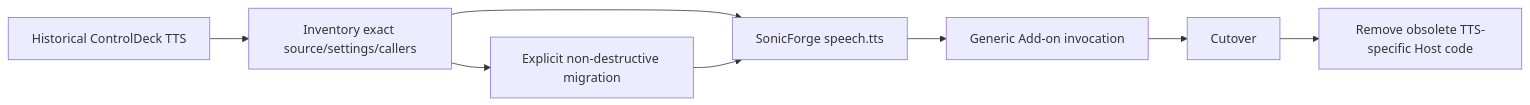
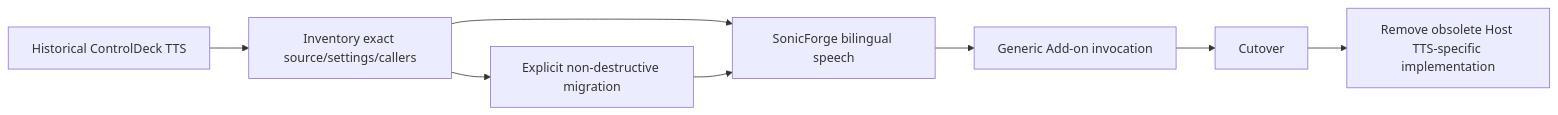
Diagram 12 of 13 in docs/12-architecture-diagrams.md (souten-yd/ControlDeckSonicForge), drawn with Mermaid before and after one commit. The commit also changed other lines of this file, not shown here.

Commit message:
docs: align diagrams with signed bilingual setup

````diff
--- a/docs/12-architecture-diagrams.md
+++ b/docs/12-architecture-diagrams.md
@@ -208,15 +288,15 @@
 ```mermaid
 flowchart LR
     Old[Historical ControlDeck TTS]
     Inv[Inventory exact source/settings/callers]
-    New[SonicForge speech.tts]
+    New[SonicForge bilingual speech]
     Import[Explicit non-destructive migration]
     Calls[Generic Add-on invocation]
     Cut[Cutover]
-    Remove[Remove obsolete TTS-specific Host code]
+    Remove[Remove obsolete Host TTS-specific implementation]
 
     Old --> Inv
     Inv --> New
     Inv --> Import --> New
     New --> Calls --> Cut --> Remove
 ```
````
